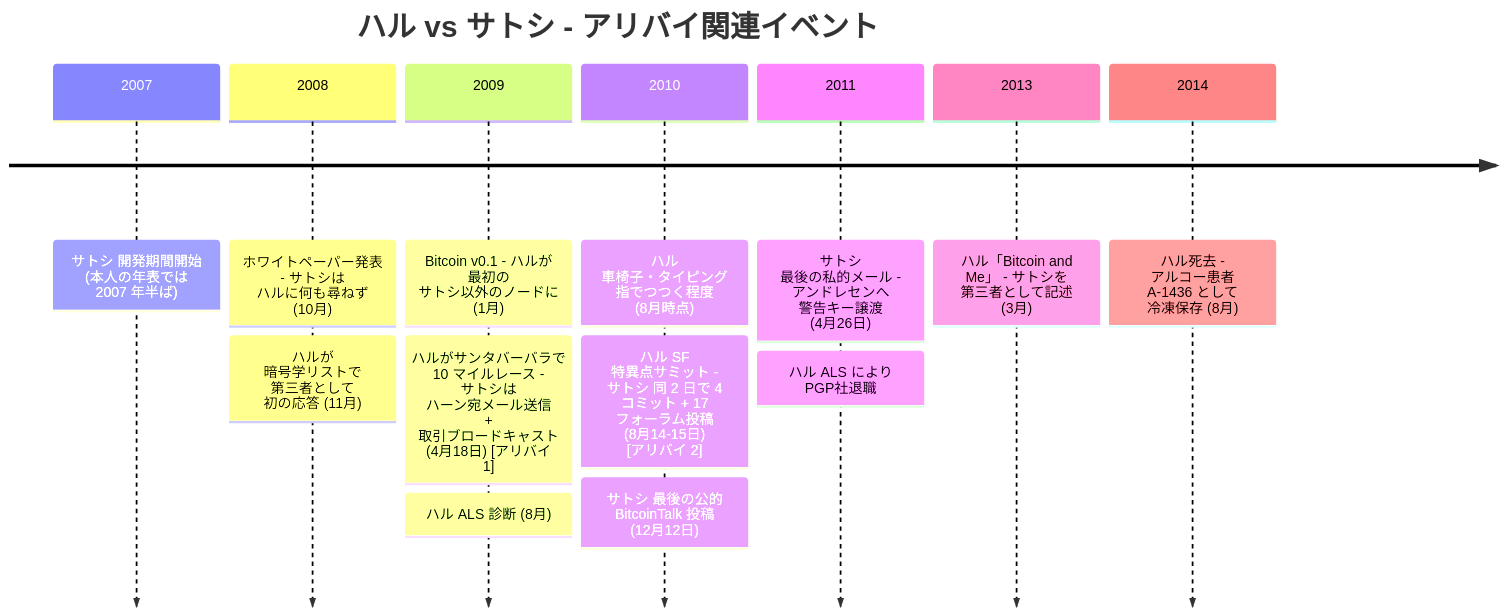
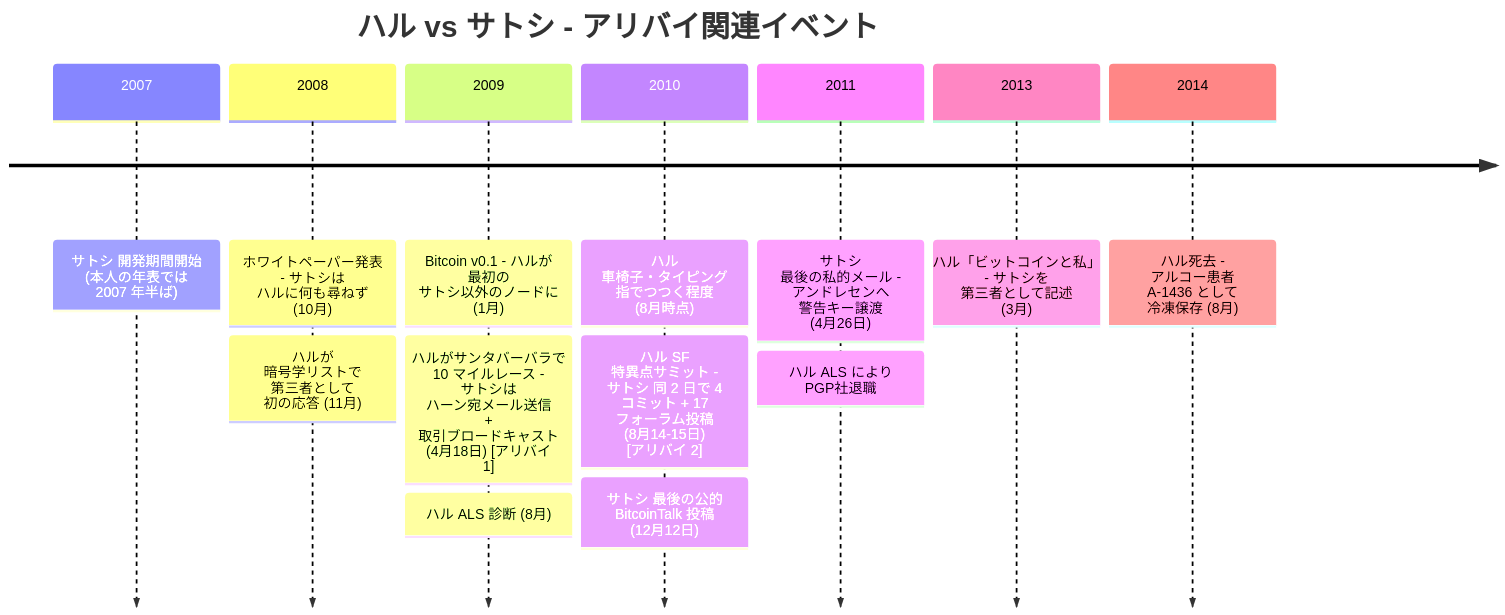
The diagram in src/data/translations/ja/analysis/2014-03-25-hal-finney-satoshi-identity-hypothesis.md (cypher256/BitcoinArchive), drawn with Mermaid before and after one commit. The commit also changed other lines of this file and 3 other files, not shown here.

````diff
--- a/src/data/translations/ja/analysis/2014-03-25-hal-finney-satoshi-identity-hypothesis.md
+++ b/src/data/translations/ja/analysis/2014-03-25-hal-finney-satoshi-identity-hypothesis.md
@@ -66,17 +66,17 @@
 ```mermaid
 timeline
     title ハル vs サトシ - アリバイ関連イベント
     2007 : サトシ 開発期間開始 (本人の年表では 2007 年半ば)
     2008 : ホワイトペーパー発表 - サトシは ハルに何も尋ねず (10月)
          : ハルが 暗号学リストで 第三者として 初の応答 (11月)
     2009 : Bitcoin v0.1 - ハルが 最初の サトシ以外のノードに (1月)
          : ハルがサンタバーバラで 10 マイルレース - サトシは ハーン宛メール送信 + 取引ブロードキャスト (4月18日) [アリバイ 1]
          : ハル ALS 診断 (8月)
     2010 : ハル 車椅子・タイピング 指でつつく程度 (8月時点)
          : ハル SF 特異点サミット - サトシ 同 2 日で 4 コミット + 17 フォーラム投稿 (8月14-15日) [アリバイ 2]
          : サトシ 最後の公的 BitcoinTalk 投稿 (12月12日)
     2011 : サトシ 最後の私的メール - アンドレセンへ 警告キー譲渡 (4月26日)
          : ハル ALS により PGP社退職
-    2013 : ハル「Bitcoin and Me」 - サトシを 第三者として記述 (3月)
+    2013 : ハル「ビットコインと私」 - サトシを 第三者として記述 (3月)
     2014 : ハル死去 - アルコー患者 A-1436 として 冷凍保存 (8月)
 ```
````
